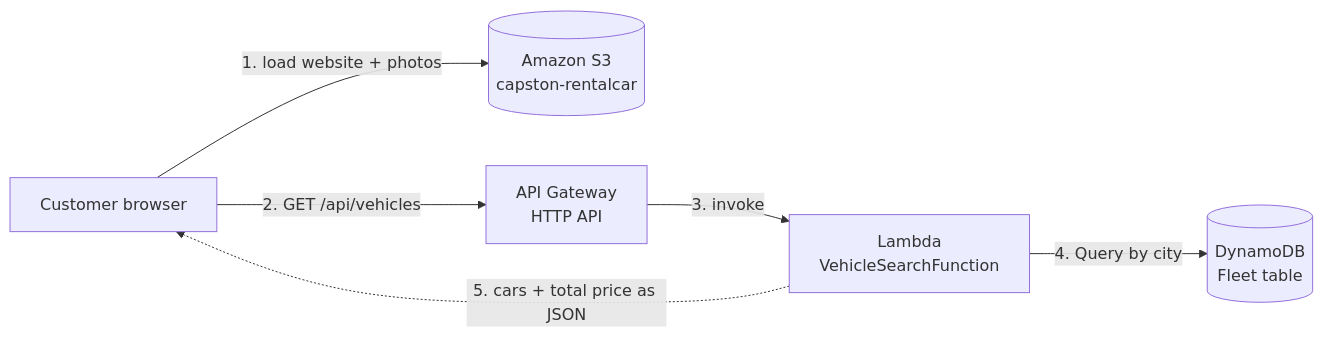
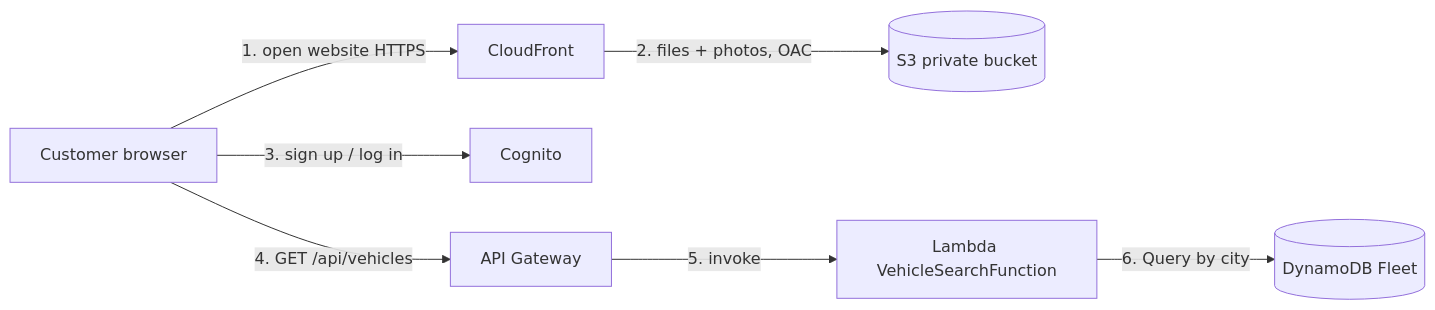
The diagram in README.md (Tahir2132/capstone-car-rental), drawn with Mermaid before and after one commit. The commit also changed other lines of this file and 17 other files, not shown here.

Commit message:
Add CloudFront and Cognito

````diff
--- a/README.md
+++ b/README.md
@@ -19,8 +22,9 @@
 ```mermaid
 flowchart LR
-    B[Customer browser] -->|1. load website + photos| S3[(Amazon S3<br/>capston-rentalcar)]
-    B -->|2. GET /api/vehicles| API[API Gateway<br/>HTTP API]
-    API -->|3. invoke| L[Lambda<br/>VehicleSearchFunction]
-    L -->|4. Query by city| DB[(DynamoDB<br/>Fleet table)]
-    L -.->|5. cars + total price as JSON| B
+    B[Customer browser] -->|1. open website HTTPS| CF[CloudFront]
+    CF -->|2. files + photos, OAC| S3[(S3 private bucket)]
+    B -->|3. sign up / log in| COG[Cognito]
+    B -->|4. GET /api/vehicles| API[API Gateway]
+    API -->|5. invoke| L[Lambda VehicleSearchFunction]
+    L -->|6. Query by city| DB[(DynamoDB Fleet)]
 ```
````
